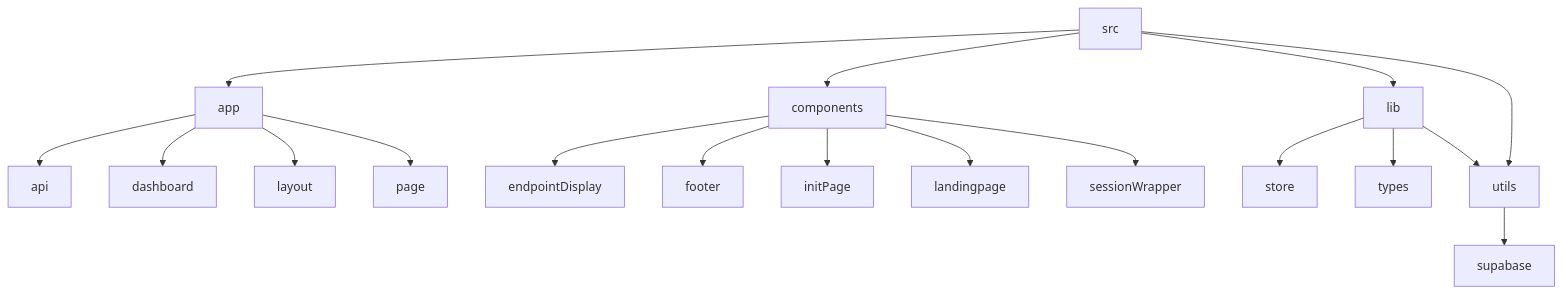
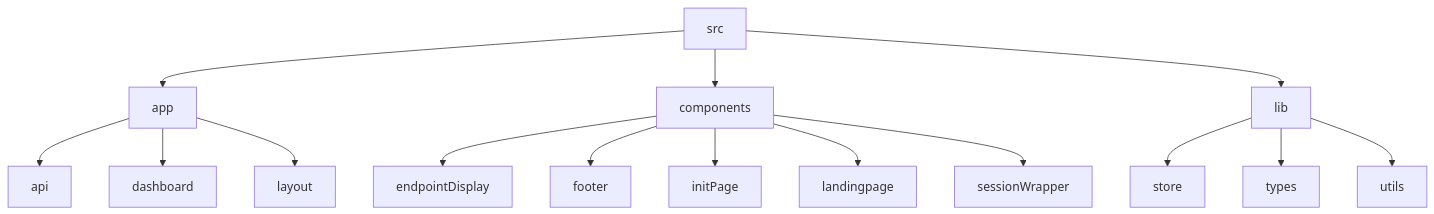
Before and after one commit to abhraneeldhar7/lazy-ping: the diagram in README.md, drawn with Mermaid. The commit also changed other lines of this file, not shown here.

````diff
--- a/README.md
+++ b/README.md
@@ -25,20 +28,17 @@
 ```mermaid
 graph TD;
-src-->app;
-src-->components;
-src-->lib;
-src-->utils;
-app-->api;
-app-->dashboard;
-app-->layout;
-app-->page;
-components-->endpointDisplay;
-components-->footer;
-components-->initPage;
-components-->landingpage;
-components-->sessionWrapper;
-lib-->store;
-lib-->types;
-lib-->utils;
-utils-->supabase;
+  src-->app;
+  src-->components;
+  src-->lib;
+  app-->api;
+  app-->dashboard;
+  app-->layout;
+  components-->endpointDisplay;
+  components-->footer;
+  components-->initPage;
+  components-->landingpage;
+  components-->sessionWrapper;
+  lib-->store;
+  lib-->types;
+  lib-->utils;
 ```
````
